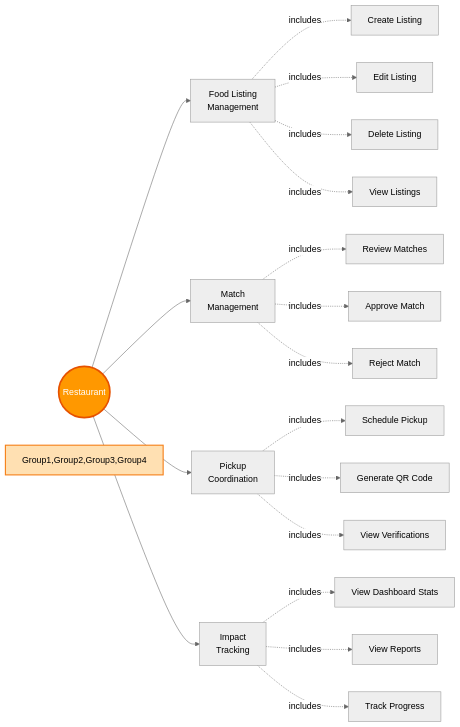
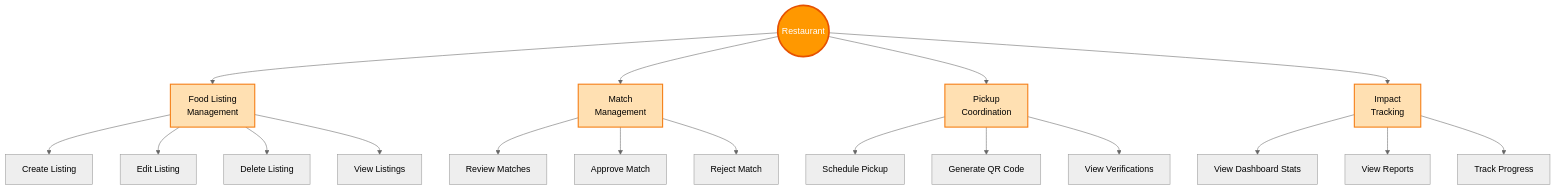
One commit to haziqfaruqi/MyFoodshare changed the second of 5 diagrams in USE_CASE_DIAGRAM_SIMPLIFIED.md. Above: the diagram before and after it, drawn with Mermaid (neutral theme). The commit also changed other lines of this file and 1 other file, not shown here.

````diff
--- a/USE_CASE_DIAGRAM_SIMPLIFIED.md
+++ b/USE_CASE_DIAGRAM_SIMPLIFIED.md
@@ -97,27 +97,32 @@
 ```mermaid
-graph LR
-    Restaurant((Restaurant)) --> Group1[Food Listing<br/>Management]
+graph TD
+    Restaurant((Restaurant))
+
+    Restaurant --> Group1[Food Listing<br/>Management]
     Restaurant --> Group2[Match<br/>Management]
     Restaurant --> Group3[Pickup<br/>Coordination]
     Restaurant --> Group4[Impact<br/>Tracking]
 
-    Group1 -.includes.-> UC1A[Create Listing]
-    Group1 -.includes.-> UC1B[Edit Listing]
-    Group1 -.includes.-> UC1C[Delete Listing]
-    Group1 -.includes.-> UC1D[View Listings]
+    Group1 --> UC1A[Create Listing]
+    Group1 --> UC1B[Edit Listing]
+    Group1 --> UC1C[Delete Listing]
+    Group1 --> UC1D[View Listings]
 
-    Group2 -.includes.-> UC2A[Review Matches]
-    Group2 -.includes.-> UC2B[Approve Match]
-    Group2 -.includes.-> UC2C[Reject Match]
+    Group2 --> UC2A[Review Matches]
+    Group2 --> UC2B[Approve Match]
+    Group2 --> UC2C[Reject Match]
 
-    Group3 -.includes.-> UC3A[Schedule Pickup]
-    Group3 -.includes.-> UC3B[Generate QR Code]
-    Group3 -.includes.-> UC3C[View Verifications]
+    Group3 --> UC3A[Schedule Pickup]
+    Group3 --> UC3B[Generate QR Code]
+    Group3 --> UC3C[View Verifications]
 
-    Group4 -.includes.-> UC4A[View Dashboard Stats]
-    Group4 -.includes.-> UC4B[View Reports]
-    Group4 -.includes.-> UC4C[Track Progress]
+    Group4 --> UC4A[View Dashboard Stats]
+    Group4 --> UC4B[View Reports]
+    Group4 --> UC4C[Track Progress]
 
     style Restaurant fill:#FF9800,stroke:#E65100,stroke-width:3px,color:#fff
-    style Group1,Group2,Group3,Group4 fill:#FFE0B2,stroke:#F57F17,stroke-width:2px
+    style Group1 fill:#FFE0B2,stroke:#F57F17,stroke-width:2px
+    style Group2 fill:#FFE0B2,stroke:#F57F17,stroke-width:2px
+    style Group3 fill:#FFE0B2,stroke:#F57F17,stroke-width:2px
+    style Group4 fill:#FFE0B2,stroke:#F57F17,stroke-width:2px
 ```
````
